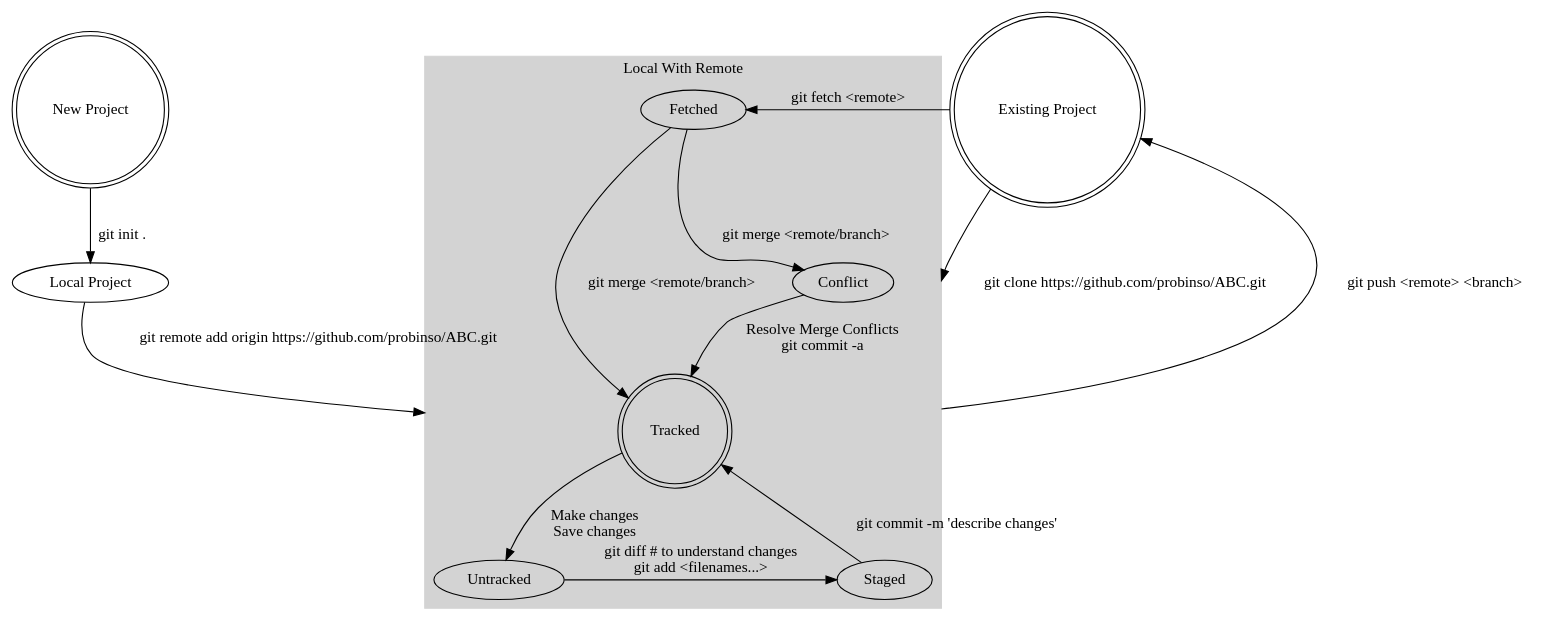
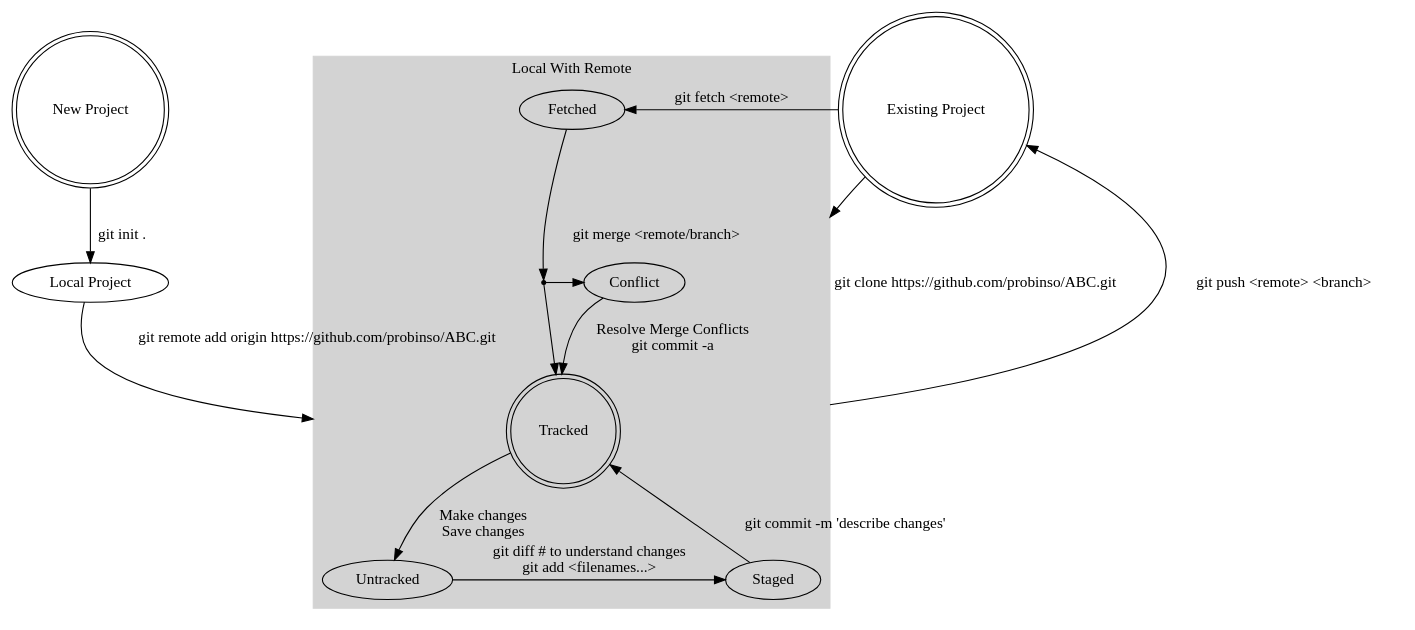
One commit to probinso/introduction-git changed the diagram in git.dot. Above: the diagram before and after it, drawn with Graphviz. The commit also changed 1 other file, not shown here.

```diff
--- a/git.dot
+++ b/git.dot
@@ -1,33 +1,39 @@
 digraph G {
         aize = "4,4"
         compound=true;
         {
                 NewProject[label="New Project", shape=doublecircle];
                 ExistingProject[label="Existing Project", shape=doublecircle];
                 rank=same;
                 };
 
         Local[label="Local Project"];
         subgraph cluster0 {
                 label="Local With Remote";
                 color=lightgray;
                 style=filled;
                 Tracked [shape=doublecircle];
                 {Untracked; Staged; rank=same;};
 
                 Tracked -> Untracked [label="Make changes\nSave changes"];
                 Untracked -> Staged [label="git diff # to understand changes\ngit add <filenames...>"];
                 Staged -> Tracked [label="git commit -m 'describe changes'"];
-                Fetched -> {Conflict, Tracked} [label="git merge <remote/branch>"];
+
+                {Conflict; Point[shape=point, label=""];
+                        rank=same;
+                        }
+
+                Fetched -> Point [label="git merge <remote/branch>"];
+                Point -> {Conflict, Tracked}
                 Conflict -> Tracked [label="Resolve Merge Conflicts\ngit commit -a"];
                 };
                 Local -> Tracked [
                                   label="git remote add origin https://github.com/probinso/ABC.git",
                                   lhead=cluster0];
                 NewProject -> Local [label="git init ."];
                 ExistingProject -> Tracked [
                                             label="git clone https://github.com/probinso/ABC.git"
                                             lhead=cluster0];
                 Tracked -> ExistingProject [label="git push <remote> <branch>", ltail=cluster0];
                 ExistingProject -> Fetched [label="git fetch <remote>"];
 }
```
